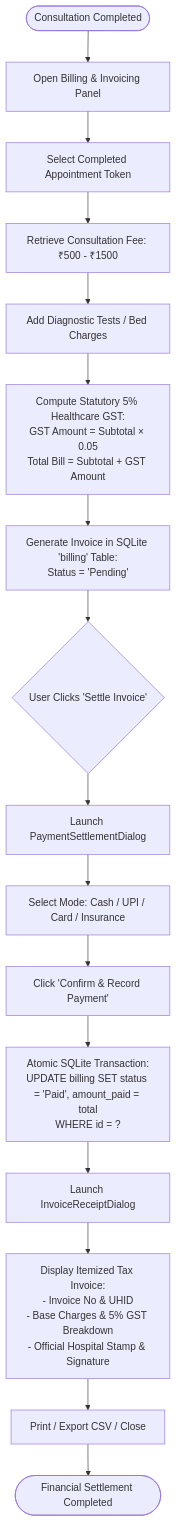
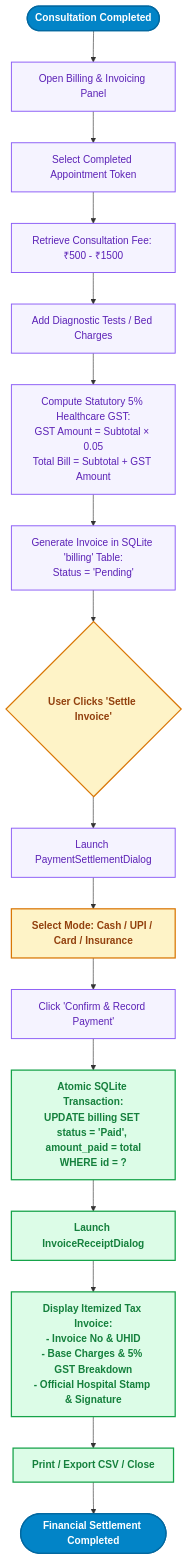
One commit to bbhupinder5321-lang/BBAT104_TQM_2410301011 changed the seventh of 8 diagrams in docs/Flowcharts_and_Workflows.md. Above: the diagram before and after it, drawn with Mermaid. The commit also changed other lines of this file and 1 other file, not shown here.

Commit message:
style: enhance flowcharts with color-coded stages, defined classes, and visual subgraphs

````diff
--- a/docs/Flowcharts_and_Workflows.md
+++ b/docs/Flowcharts_and_Workflows.md
@@ -302,22 +368,27 @@
 ```mermaid
 flowchart TD
-    ConsultDone([Consultation Completed]) --> OpenBilling[Open Billing & Invoicing Panel]
-    OpenBilling --> SelectAppt[Select Completed Appointment Token]
+    classDef startPill fill:#0284C7,stroke:#0369A1,stroke-width:2px,color:#FFFFFF,font-weight:bold;
+    classDef purpleStep fill:#F5F3FF,stroke:#8B5CF6,stroke-width:1.5px,color:#5B21B6;
+    classDef decision fill:#FEF3C7,stroke:#D97706,stroke-width:2px,color:#92400E,font-weight:bold;
+    classDef greenSuccess fill:#DCFCE7,stroke:#16A34A,stroke-width:2px,color:#15803D,font-weight:bold;
+
+    ConsultDone([Consultation Completed]):::startPill --> OpenBilling[Open Billing & Invoicing Panel]:::purpleStep
+    OpenBilling --> SelectAppt[Select Completed Appointment Token]:::purpleStep
     
-    SelectAppt --> CalcBase[Retrieve Consultation Fee: ₹500 - ₹1500]
-    CalcBase --> AddServices[Add Diagnostic Tests / Bed Charges]
-    AddServices --> ComputeGST["Compute Statutory 5% Healthcare GST:<br/>GST Amount = Subtotal × 0.05<br/>Total Bill = Subtotal + GST Amount"]
+    SelectAppt --> CalcBase[Retrieve Consultation Fee: ₹500 - ₹1500]:::purpleStep
+    CalcBase --> AddServices[Add Diagnostic Tests / Bed Charges]:::purpleStep
+    AddServices --> ComputeGST["Compute Statutory 5% Healthcare GST:<br/>GST Amount = Subtotal × 0.05<br/>Total Bill = Subtotal + GST Amount"]:::purpleStep
     
-    ComputeGST --> CreateInv["Generate Invoice in SQLite 'billing' Table:<br/>Status = 'Pending'"]
-    CreateInv --> SettlePrompt{User Clicks 'Settle Invoice'}
+    ComputeGST --> CreateInv["Generate Invoice in SQLite 'billing' Table:<br/>Status = 'Pending'"]:::purpleStep
+    CreateInv --> SettlePrompt{User Clicks 'Settle Invoice'}:::decision
     
-    SettlePrompt --> OpenPayModal[Launch PaymentSettlementDialog]
-    OpenPayModal --> ChooseMethod["Select Mode: Cash / UPI / Card / Insurance"]
-    ChooseMethod --> ConfirmPay[Click 'Confirm & Record Payment']
+    SettlePrompt --> OpenPayModal[Launch PaymentSettlementDialog]:::purpleStep
+    OpenPayModal --> ChooseMethod["Select Mode: Cash / UPI / Card / Insurance"]:::decision
+    ChooseMethod --> ConfirmPay[Click 'Confirm & Record Payment']:::purpleStep
     
-    ConfirmPay --> AtomicUpdate["Atomic SQLite Transaction:<br/>UPDATE billing SET status = 'Paid', amount_paid = total<br/>WHERE id = ?"]
-    AtomicUpdate --> LaunchReceipt[Launch InvoiceReceiptDialog]
-    LaunchReceipt --> RenderTaxReceipt["Display Itemized Tax Invoice:<br/>- Invoice No & UHID<br/>- Base Charges & 5% GST Breakdown<br/>- Official Hospital Stamp & Signature"]
-    RenderTaxReceipt --> PrintOrClose[Print / Export CSV / Close]
-    PrintOrClose --> SettleDone([Financial Settlement Completed])
+    ConfirmPay --> AtomicUpdate["Atomic SQLite Transaction:<br/>UPDATE billing SET status = 'Paid', amount_paid = total<br/>WHERE id = ?"]:::greenSuccess
+    AtomicUpdate --> LaunchReceipt[Launch InvoiceReceiptDialog]:::greenSuccess
+    LaunchReceipt --> RenderTaxReceipt["Display Itemized Tax Invoice:<br/>- Invoice No & UHID<br/>- Base Charges & 5% GST Breakdown<br/>- Official Hospital Stamp & Signature"]:::greenSuccess
+    RenderTaxReceipt --> PrintOrClose[Print / Export CSV / Close]:::greenSuccess
+    PrintOrClose --> SettleDone([Financial Settlement Completed]):::startPill
 ```
````
